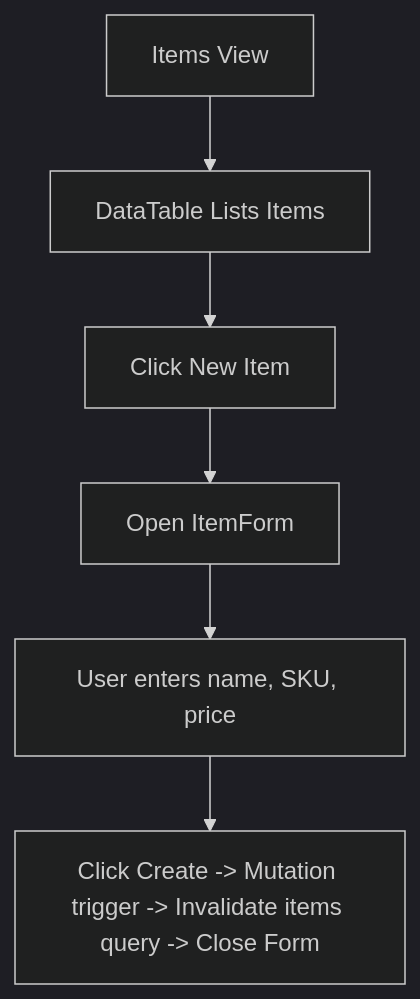
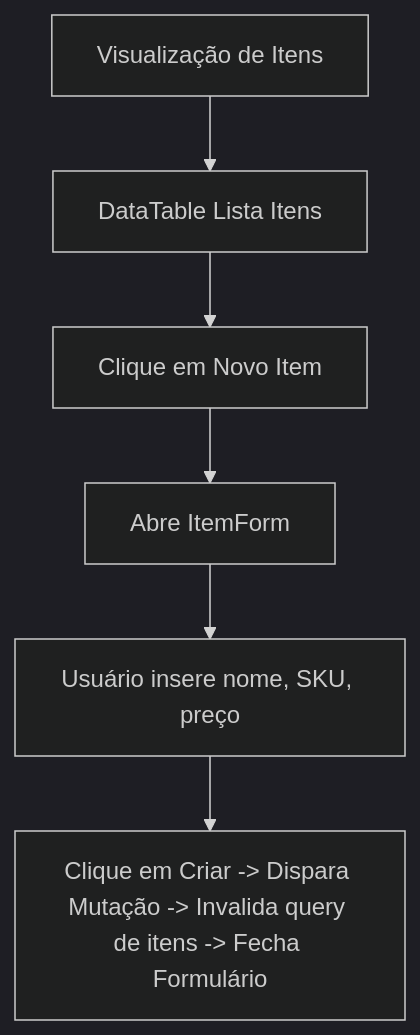
Before and after one commit to EdDevFront/sales-order-management-system: the diagram in docs/items/README.md, drawn with Mermaid (dark theme). The commit also changed other lines of this file and 5 other files, not shown here.

Commit message:
docs: translate documentation markdown and mermaid diagrams to Portuguese

````diff
--- a/docs/items/README.md
+++ b/docs/items/README.md
@@ -11,8 +11,8 @@
 ```mermaid
 graph TD
-    A[Items View] --> B[DataTable Lists Items]
-    B --> C[Click New Item]
-    C --> D[Open ItemForm]
-    D --> E[User enters name, SKU, price]
-    E --> F[Click Create -> Mutation trigger -> Invalidate items query -> Close Form]
+    A[Visualização de Itens] --> B[DataTable Lista Itens]
+    B --> C[Clique em Novo Item]
+    C --> D[Abre ItemForm]
+    D --> E[Usuário insere nome, SKU, preço]
+    E --> F[Clique em Criar -> Dispara Mutação -> Invalida query de itens -> Fecha Formulário]
 ```
````
